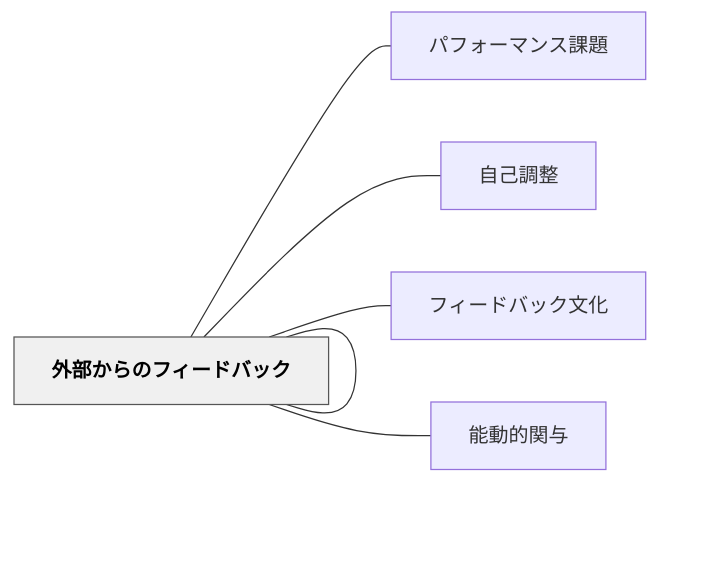
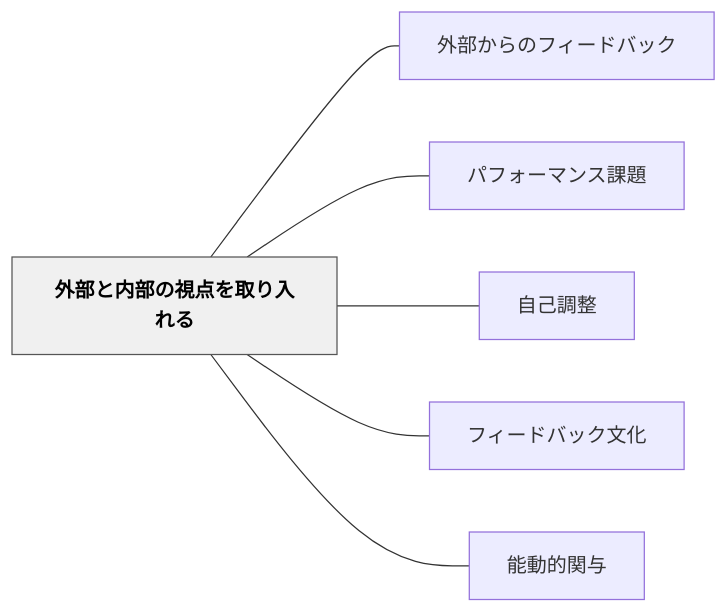
The diagram in content/パタン/外部と内部の視点を取り入れる.md (unknownthings-ed-patterns/unknownthings-ed-patterns), drawn with Mermaid before and after one commit. The commit also changed 527 other files, not shown here.

````diff
--- a/content/パタン/外部と内部の視点を取り入れる.md
+++ b/content/パタン/外部と内部の視点を取り入れる.md
@@ -73,18 +73,18 @@
 ```mermaid
 flowchart LR
-    ne5a496e983a8["外部と内部の視点を取り入れる"]
-    ne5a496e983a8["外部からのフィードバック"]
-    ne38391e38395["パフォーマンス課題"]
-    ne887aae5b7b1["自己調整"]
-    ne38395e382a3["フィードバック文化"]
-    ne883bde58b95["能動的関与"]
+    ne5a496e983a8e381a8e58685e983a8e381aee8a696e782b9e38292e58f96e3828ae585a5e3828ce3828b["外部と内部の視点を取り入れる"]
+    ne5a496e983a8e3818be38289e381aee38395e382a3e383bce38389e38390e38383e382af["外部からのフィードバック"]
+    ne38391e38395e382a9e383bce3839ee383b3e382b9e8aab2e9a18c["パフォーマンス課題"]
+    ne887aae5b7b1e8aabfe695b4["自己調整"]
+    ne38395e382a3e383bce38389e38390e38383e382afe69687e58c96["フィードバック文化"]
+    ne883bde58b95e79a84e996a2e4b88e["能動的関与"]
 
-    ne5a496e983a8 --- ne5a496e983a8
-    ne5a496e983a8 --- ne38391e38395
-    ne5a496e983a8 --- ne887aae5b7b1
-    ne5a496e983a8 --- ne38395e382a3
-    ne5a496e983a8 --- ne883bde58b95
+    ne5a496e983a8e381a8e58685e983a8e381aee8a696e782b9e38292e58f96e3828ae585a5e3828ce3828b --- ne5a496e983a8e3818be38289e381aee38395e382a3e383bce38389e38390e38383e382af
+    ne5a496e983a8e381a8e58685e983a8e381aee8a696e782b9e38292e58f96e3828ae585a5e3828ce3828b --- ne38391e38395e382a9e383bce3839ee383b3e382b9e8aab2e9a18c
+    ne5a496e983a8e381a8e58685e983a8e381aee8a696e782b9e38292e58f96e3828ae585a5e3828ce3828b --- ne887aae5b7b1e8aabfe695b4
+    ne5a496e983a8e381a8e58685e983a8e381aee8a696e782b9e38292e58f96e3828ae585a5e3828ce3828b --- ne38395e382a3e383bce38389e38390e38383e382afe69687e58c96
+    ne5a496e983a8e381a8e58685e983a8e381aee8a696e782b9e38292e58f96e3828ae585a5e3828ce3828b --- ne883bde58b95e79a84e996a2e4b88e
 
     classDef hub fill:#f0f0f0,stroke:#555,color:#000,font-weight:bold
-    class ne5a496e983a8 hub
+    class ne5a496e983a8e381a8e58685e983a8e381aee8a696e782b9e38292e58f96e3828ae585a5e3828ce3828b hub
 ```
````
